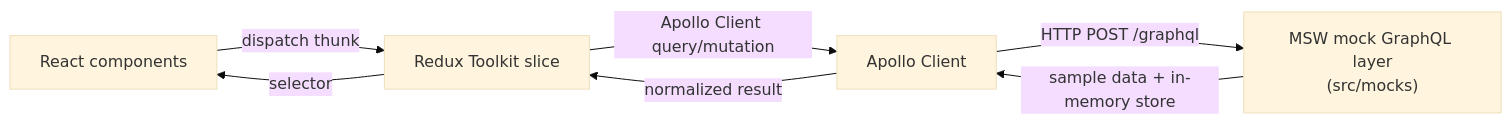
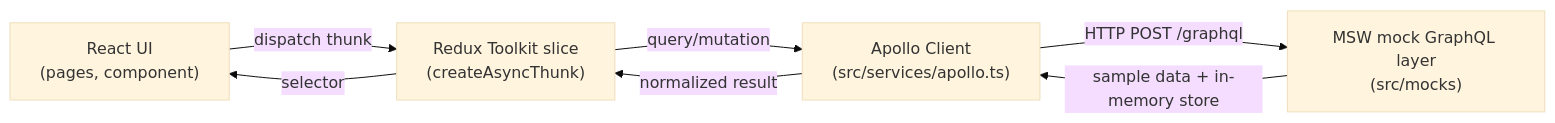
Before and after one commit to webvoltz/teamflow-worklog: the diagram in README.md, drawn with Mermaid (base theme). The commit also changed other lines of this file, not shown here.

````diff
--- a/README.md
+++ b/README.md
@@ -17,9 +68,14 @@
 ```mermaid
 flowchart LR
-    UI["React components"] -->|dispatch thunk| RTK["Redux Toolkit slice"]
-    RTK -->|Apollo Client query/mutation| Apollo["Apollo Client"]
-    Apollo -->|HTTP POST /graphql| MSW["MSW mock GraphQL layer\n(src/mocks)"]
+    UI["React UI\n(pages, component)"]
+    RTK["Redux Toolkit slice\n(createAsyncThunk)"]
+    Apollo["Apollo Client\n(src/services/apollo.ts)"]
+    MSW["MSW mock GraphQL layer\n(src/mocks)"]
+
+    UI -->|dispatch thunk| RTK
+    RTK -->|query/mutation| Apollo
+    Apollo -->|HTTP POST /graphql| MSW
     MSW -->|sample data + in-memory store| Apollo
     Apollo -->|normalized result| RTK
     RTK -->|selector| UI
 ```
````
